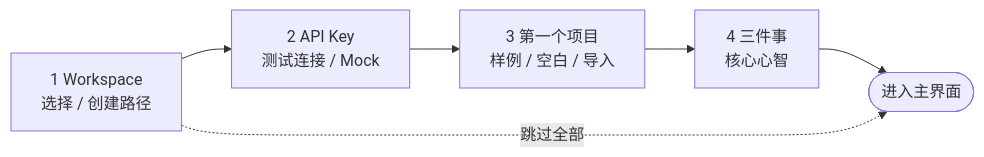
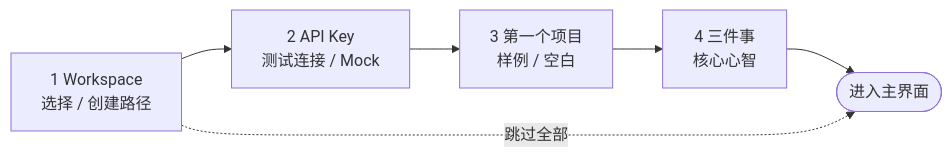
One commit to jinhuang712/open-novel changed the diagram in design/05-onboarding.md. Above: the diagram before and after it, drawn with Mermaid. The commit also changed other lines of this file and 38 other files, not shown here.

````diff
--- a/design/05-onboarding.md
+++ b/design/05-onboarding.md
@@ -9,5 +9,5 @@
 ```mermaid
 flowchart LR
-  S1["1 Workspace<br/>选择 / 创建路径"] --> S2["2 API Key<br/>测试连接 / Mock"] --> S3["3 第一个项目<br/>样例 / 空白 / 导入"] --> S4["4 三件事<br/>核心心智"] --> MAIN([进入主界面])
+  S1["1 Workspace<br/>选择 / 创建路径"] --> S2["2 API Key<br/>测试连接 / Mock"] --> S3["3 第一个项目<br/>样例 / 空白"] --> S4["4 三件事<br/>核心心智"] --> MAIN([进入主界面])
   S1 -. 跳过全部 .-> MAIN
 ```
````
